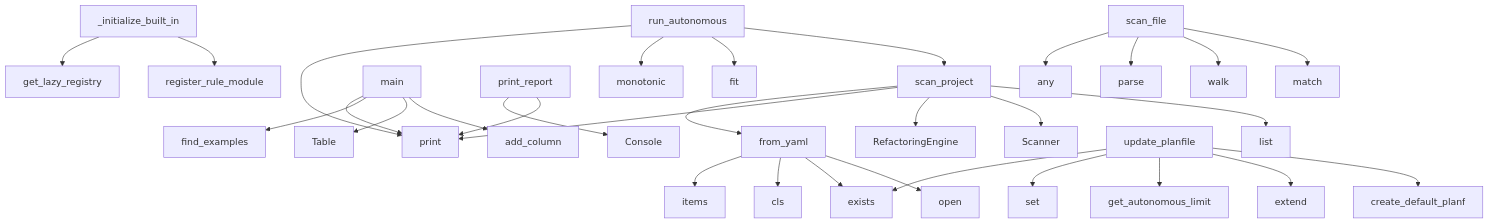
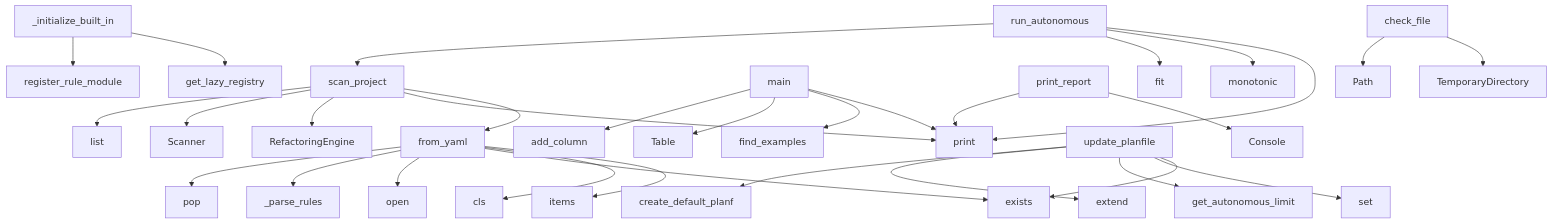
Before and after one commit to semcod/prefact: the diagram in project/context.md, drawn with Mermaid. The commit also changed other lines of this file and 21 other files, not shown here.

````diff
--- a/project/context.md
+++ b/project/context.md
@@ -584,33 +586,33 @@
 ```mermaid
 graph TD
     scan_project --> from_yaml
     scan_project --> print
     scan_project --> RefactoringEngine
     scan_project --> Scanner
     scan_project --> list
     _initialize_built_in --> get_lazy_registry
     _initialize_built_in --> register_rule_module
     main --> print
     main --> find_examples
     main --> Table
     main --> add_column
     update_planfile --> exists
     update_planfile --> set
     update_planfile --> get_autonomous_limit
     update_planfile --> extend
     update_planfile --> create_default_planf
     print_report --> Console
     print_report --> print
     from_yaml --> items
     from_yaml --> cls
     from_yaml --> exists
     from_yaml --> open
     run_autonomous --> print
     run_autonomous --> monotonic
     run_autonomous --> fit
     run_autonomous --> scan_project
-    scan_file --> any
-    scan_file --> parse
-    scan_file --> walk
-    scan_file --> match
+    from_yaml --> _parse_rules
+    from_yaml --> pop
+    check_file --> TemporaryDirectory
+    check_file --> Path
 ```
````
